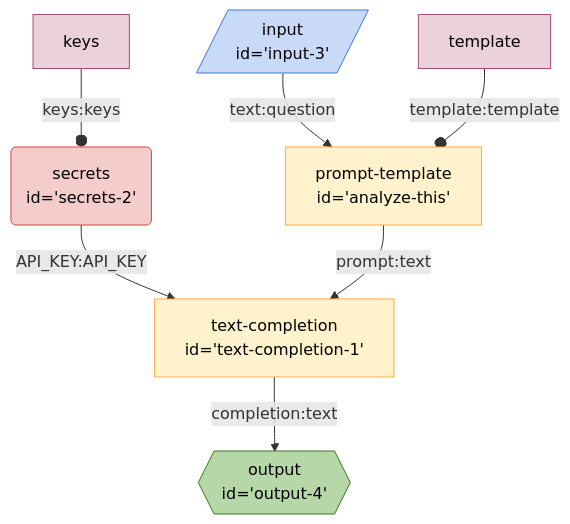
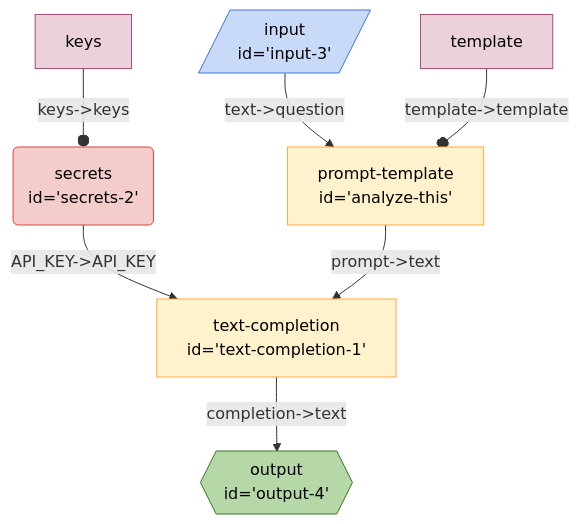
The diagram in seeds/graph-playground/docs/graphs/simple-prompt.md (breadboard-ai/breadboard), drawn with Mermaid before and after one commit. The commit also changed other lines of this file and 11 other files, not shown here.

First line of the commit message:
[graph-playground] Generate `accumulating-context`.

````diff
--- a/seeds/graph-playground/docs/graphs/simple-prompt.md
+++ b/seeds/graph-playground/docs/graphs/simple-prompt.md
@@ -6,26 +5,26 @@
   ```mermaid
   %%{init: 'themeVariables': { 'fontFamily': 'Fira Code, monospace' }}%%
 graph TD;
 secrets2("secrets
-id='secrets-2'"):::secrets -- API_KEY:API_KEY --> textcompletion1["text-completion
+id='secrets-2'"):::secrets -- "API_KEY->API_KEY" --> textcompletion1["text-completion
 id='text-completion-1'"]
 textcompletion1["text-completion
-id='text-completion-1'"] -- completion:text --> output4{{"output
+id='text-completion-1'"] -- "completion->text" --> output4{{"output
 id='output-4'"}}:::output
 analyzethis["prompt-template
-id='analyze-this'"] -- prompt:text --> textcompletion1["text-completion
+id='analyze-this'"] -- "prompt->text" --> textcompletion1["text-completion
 id='text-completion-1'"]
 input3[/"input
-id='input-3'"/]:::input -- text:question --> analyzethis["prompt-template
+id='input-3'"/]:::input -- "text->question" --> analyzethis["prompt-template
 id='analyze-this'"]
-keyssecrets2[keys]:::config -- keys:keys --o secrets2
-templateanalyzethis[template]:::config -- template:template --o analyzethis
+keyssecrets2[keys]:::config -- "keys->keys" --o secrets2
+templateanalyzethis[template]:::config -- "template->template" --o analyzethis
 classDef default stroke:#ffab40,fill:#fff2ccff,color:#000
 classDef input stroke:#3c78d8,fill:#c9daf8ff,color:#000
 classDef output stroke:#38761d,fill:#b6d7a8ff,color:#000
 classDef passthrough stroke:#a64d79,fill:#ead1dcff,color:#000
 classDef slot stroke:#a64d79,fill:#ead1dcff,color:#000
 classDef config stroke:#a64d79,fill:#ead1dcff,color:#000
 classDef secrets stroke:#db4437,fill:#f4cccc,color:#000
 classDef slotted stroke:#a64d79
   ```
````
